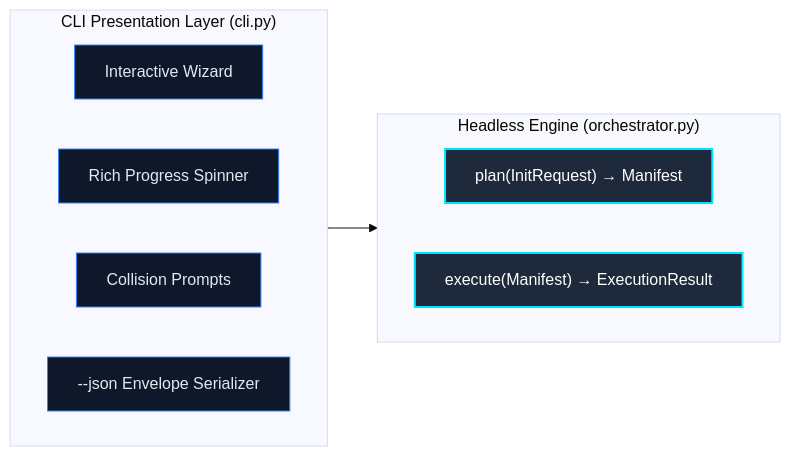
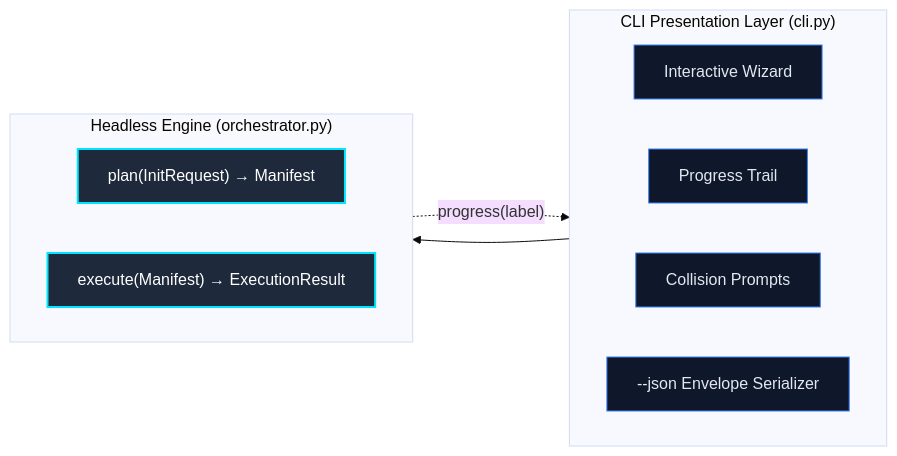
The second of 2 diagrams in docs/design-principles.md (JacksonFergusonDev/protostar), drawn with Mermaid (base theme) before and after one commit. The commit also changed other lines of this file and 28 other files, not shown here.

First line of the commit message:
feat(cli): replace the transient spinner with a persistent progress trail (#299)

````diff
--- a/docs/design-principles.md
+++ b/docs/design-principles.md
@@ -90,21 +92,22 @@
 ```mermaid
 flowchart LR
     classDef cli fill:#0f172a,stroke:#3b82f6,stroke-width:1px,color:#e2e8f0;
     classDef engine fill:#1e293b,stroke:#00e5ff,stroke-width:2px,color:#fff;
 
     subgraph CLI ["CLI Presentation Layer (cli.py)"]
         direction LR
         TUI["Interactive Wizard"]:::cli
-        Spinner["Rich Progress Spinner"]:::cli
+        Trail["Progress Trail"]:::cli
         Collision["Collision Prompts"]:::cli
         JSON["--json Envelope Serializer"]:::cli
     end
 
     subgraph Engine ["Headless Engine (orchestrator.py)"]
         direction LR
         Plan["<span style='white-space:nowrap'>plan(InitRequest) → Manifest</span>"]:::engine
         Exec["<span style='white-space:nowrap'>execute(Manifest) → ExecutionResult</span>"]:::engine
     end
 
     CLI --> Engine
+    Exec -.->|"progress(label)"| Trail
 ```
````
